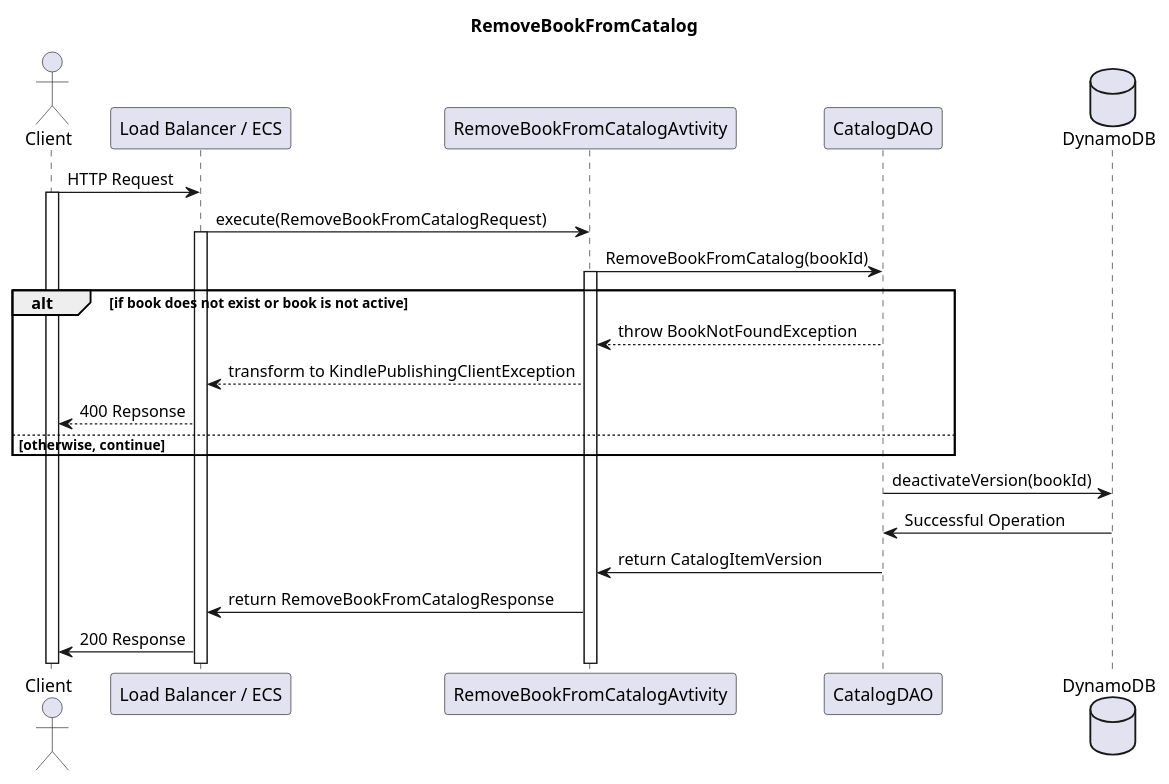
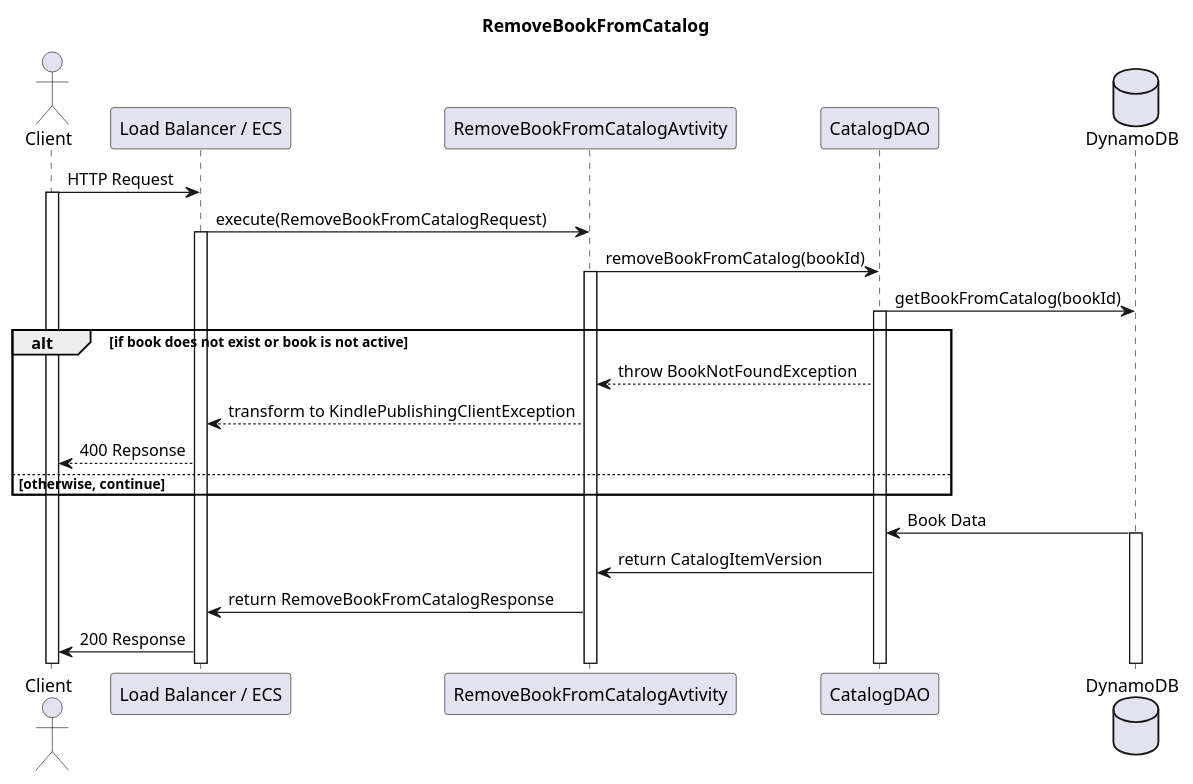
One commit to lucaselia10/PublishingService changed the diagram in src/resources/mastery-task1-remove-book-SD.puml. Above: the diagram before and after it, drawn with PlantUML. The commit also changed 4 other files, not shown here.

```diff
--- a/src/resources/mastery-task1-remove-book-SD.puml
+++ b/src/resources/mastery-task1-remove-book-SD.puml
@@ -1,35 +1,38 @@
 @startuml
 title RemoveBookFromCatalog
 
 actor Client
 participant "Load Balancer / ECS" as LoadBalancer_ECS
 participant RemoveBookFromCatalogAvtivity
 participant CatalogDAO
 database DynamoDB
 
 Client -> LoadBalancer_ECS : HTTP Request
 activate Client
 LoadBalancer_ECS -> RemoveBookFromCatalogAvtivity : execute(RemoveBookFromCatalogRequest)
 activate LoadBalancer_ECS
-RemoveBookFromCatalogAvtivity -> CatalogDAO : RemoveBookFromCatalog(bookId)
+RemoveBookFromCatalogAvtivity -> CatalogDAO : removeBookFromCatalog(bookId)
 activate RemoveBookFromCatalogAvtivity
+CatalogDAO -> DynamoDB : getBookFromCatalog(bookId)
+activate CatalogDAO
+
 
 alt if book does not exist or book is not active
     RemoveBookFromCatalogAvtivity <-- CatalogDAO : throw BookNotFoundException
     LoadBalancer_ECS <-- RemoveBookFromCatalogAvtivity : transform to KindlePublishingClientException
     Client <-- LoadBalancer_ECS : 400 Repsonse
 else otherwise, continue
 end
 
-CatalogDAO -> DynamoDB : deactivateVersion(bookId)
-CatalogDAO <- DynamoDB : Successful Operation
+CatalogDAO <- DynamoDB : Book Data
+activate DynamoDB
 RemoveBookFromCatalogAvtivity <- CatalogDAO : return CatalogItemVersion
 LoadBalancer_ECS <- RemoveBookFromCatalogAvtivity : return RemoveBookFromCatalogResponse
 Client <- LoadBalancer_ECS : 200 Response
 
 
 
 
 
 
 @enduml
```
